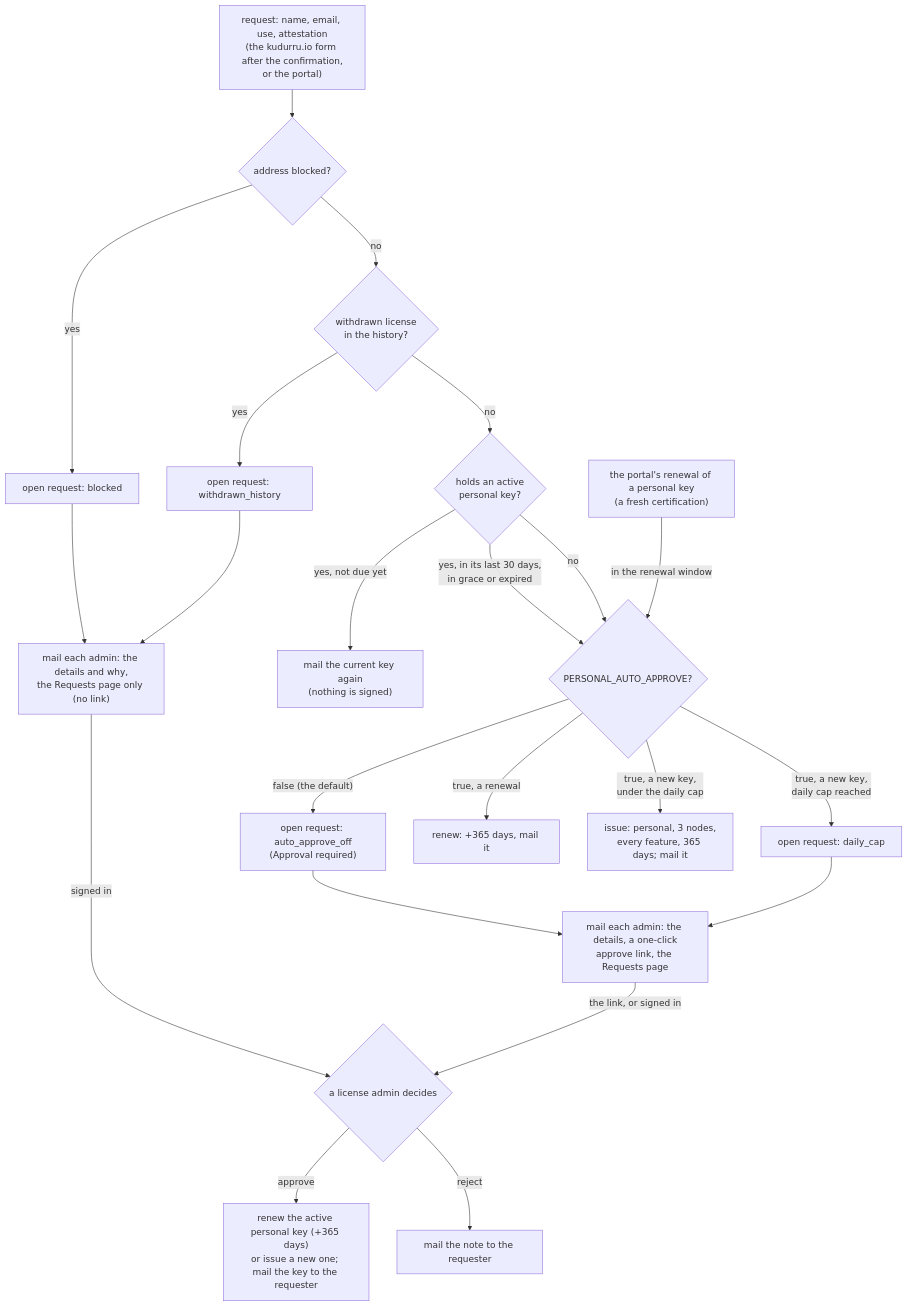
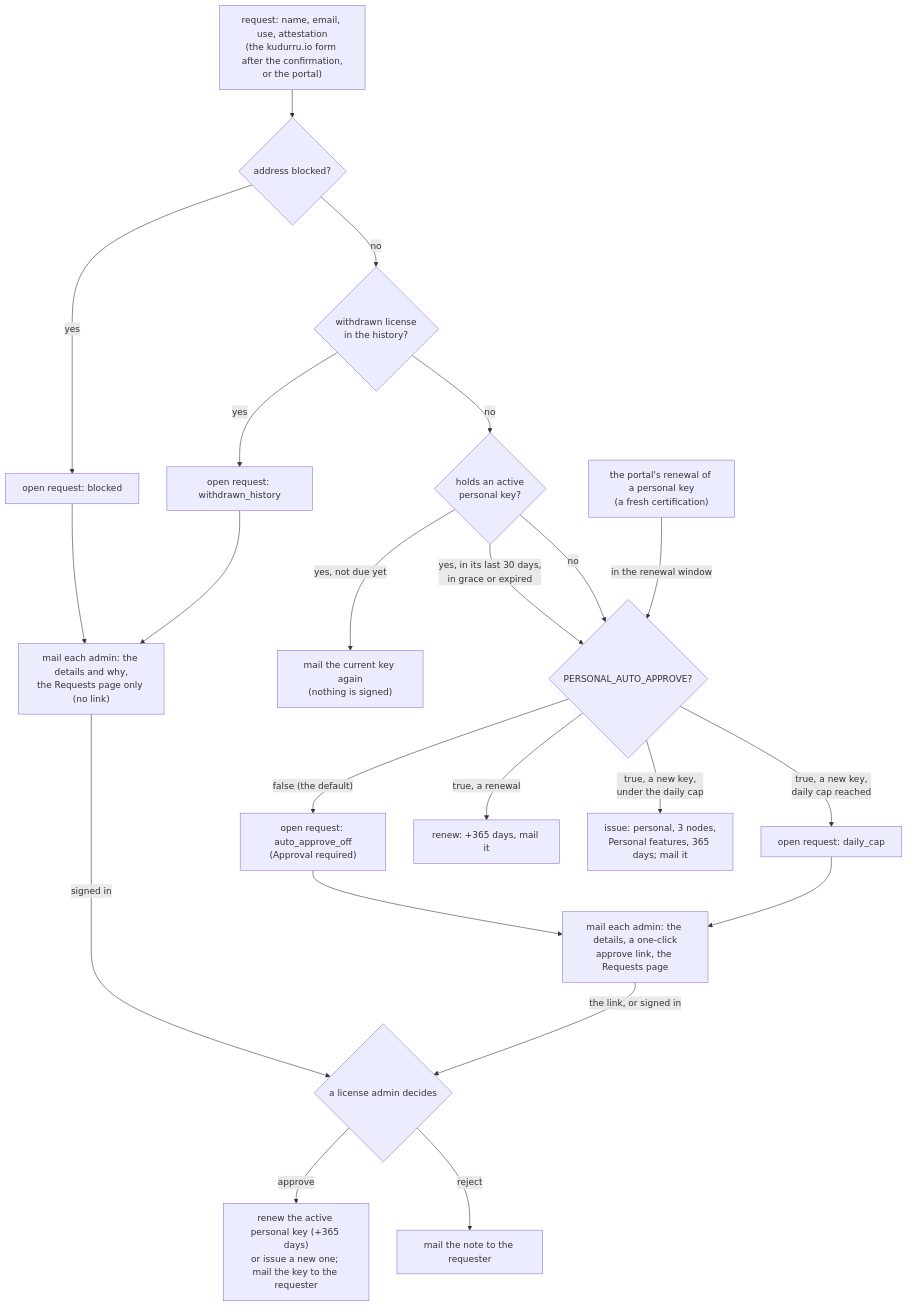
Before and after one commit to robertherbaugh/kudurru: the fourth of 10 diagrams in license-server/docs/architecture.md, drawn with Mermaid. The commit also changed other lines of this file and 14 other files, not shown here.

````diff
--- a/license-server/docs/architecture.md
+++ b/license-server/docs/architecture.md
@@ -109,24 +115,24 @@
 ```mermaid
 flowchart TD
     R["request: name, email, use, attestation<br/>(the kudurru.io form after the confirmation,<br/>or the portal)"] --> B{"address blocked?"}
     B -->|yes| QB["open request: blocked"]
     B -->|no| W{"withdrawn license<br/>in the history?"}
     W -->|yes| QW["open request: withdrawn_history"]
     W -->|no| H{"holds an active<br/>personal key?"}
     H -->|"yes, not due yet"| RS["mail the current key again<br/>(nothing is signed)"]
     H -->|"yes, in its last 30 days,<br/>in grace or expired"| AA{"PERSONAL_AUTO_APPROVE?"}
     H -->|no| AA
     PR["the portal's renewal of a personal key<br/>(a fresh certification)"] -->|"in the renewal window"| AA
     AA -->|"false (the default)"| Q["open request: auto_approve_off<br/>(Approval required)"]
     AA -->|"true, a renewal"| RN["renew: +365 days, mail it"]
-    AA -->|"true, a new key,<br/>under the daily cap"| IS["issue: personal, 3 nodes,<br/>every feature, 365 days; mail it"]
+    AA -->|"true, a new key,<br/>under the daily cap"| IS["issue: personal, 3 nodes,<br/>Personal features, 365 days; mail it"]
     AA -->|"true, a new key,<br/>daily cap reached"| QC["open request: daily_cap"]
     Q --> L["mail each admin: the details, a one-click<br/>approve link, the Requests page"]
     QC --> L
     QB --> N["mail each admin: the details and why,<br/>the Requests page only (no link)"]
     QW --> N
     L -->|"the link, or signed in"| D{"a license admin decides"}
     N -->|"signed in"| D
     D -->|approve| AP["renew the active personal key (+365 days)<br/>or issue a new one; mail the key to the requester"]
     D -->|reject| RJ["mail the note to the requester"]
 ```
````
